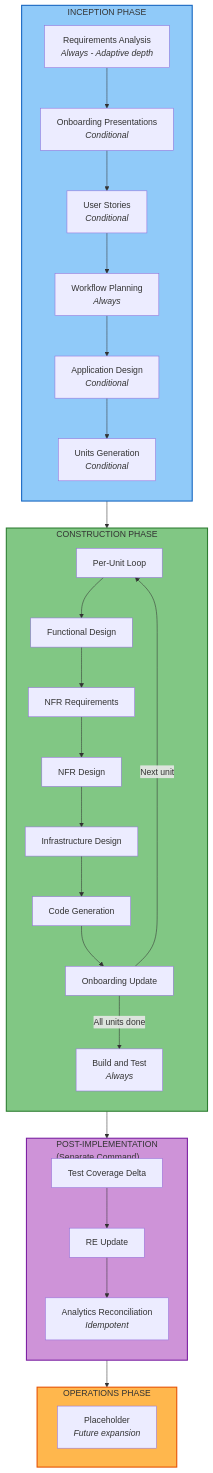
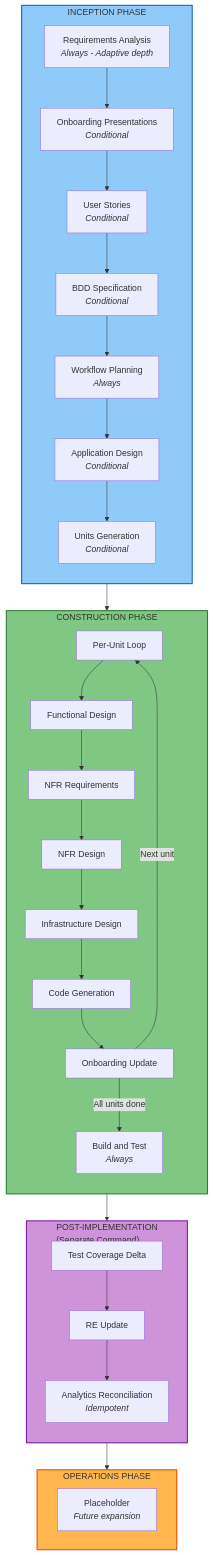
The third of 3 diagrams in docs/WORKFLOWS.md (premkumarjanagarajan/fluid-flow-ai), drawn with Mermaid before and after one commit. The commit also changed other lines of this file and 11 other files, not shown here.

First line of the commit message:
Add BDD Specification stage and artifacts

````diff
--- a/docs/WORKFLOWS.md
+++ b/docs/WORKFLOWS.md
@@ -224,47 +224,48 @@
 ```mermaid
 flowchart TB
     subgraph INCEPTION["INCEPTION PHASE"]
         direction TB
         I1["Requirements Analysis<br/><i>Always - Adaptive depth</i>"]
         I2["Onboarding Presentations<br/><i>Conditional</i>"]
         I3["User Stories<br/><i>Conditional</i>"]
+        I3B["BDD Specification<br/><i>Conditional</i>"]
         I4["Workflow Planning<br/><i>Always</i>"]
         I5["Application Design<br/><i>Conditional</i>"]
         I6["Units Generation<br/><i>Conditional</i>"]
-        I1 --> I2 --> I3 --> I4 --> I5 --> I6
+        I1 --> I2 --> I3 --> I3B --> I4 --> I5 --> I6
     end
 
     subgraph CONSTRUCTION["CONSTRUCTION PHASE"]
         direction TB
         C0["Per-Unit Loop"]
         C1["Functional Design"]
         C2["NFR Requirements"]
         C3["NFR Design"]
         C4["Infrastructure Design"]
         C5["Code Generation"]
         C6["Onboarding Update"]
         C7["Build and Test<br/><i>Always</i>"]
         C0 --> C1 --> C2 --> C3 --> C4 --> C5 --> C6
         C6 -->|"Next unit"| C0
         C6 -->|"All units done"| C7
     end
 
     subgraph POSTIMPL["POST-IMPLEMENTATION<br/>(Separate Command)"]
         direction TB
         P1["Test Coverage Delta"]
         P2["RE Update"]
         P3["Analytics Reconciliation<br/><i>Idempotent</i>"]
         P1 --> P2 --> P3
     end
 
     subgraph OPERATIONS["OPERATIONS PHASE"]
         O1["Placeholder<br/><i>Future expansion</i>"]
     end
 
     INCEPTION --> CONSTRUCTION --> POSTIMPL --> OPERATIONS
 
     style INCEPTION fill:#90CAF9,stroke:#1565C0,stroke-width:2px
     style CONSTRUCTION fill:#81C784,stroke:#2E7D32,stroke-width:2px
     style POSTIMPL fill:#CE93D8,stroke:#7B1FA2,stroke-width:2px
     style OPERATIONS fill:#FFB74D,stroke:#E65100,stroke-width:2px
 ```
````
